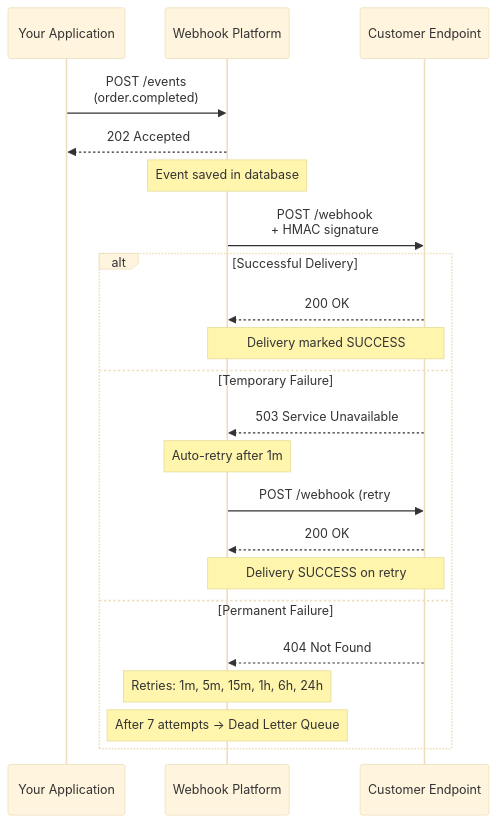
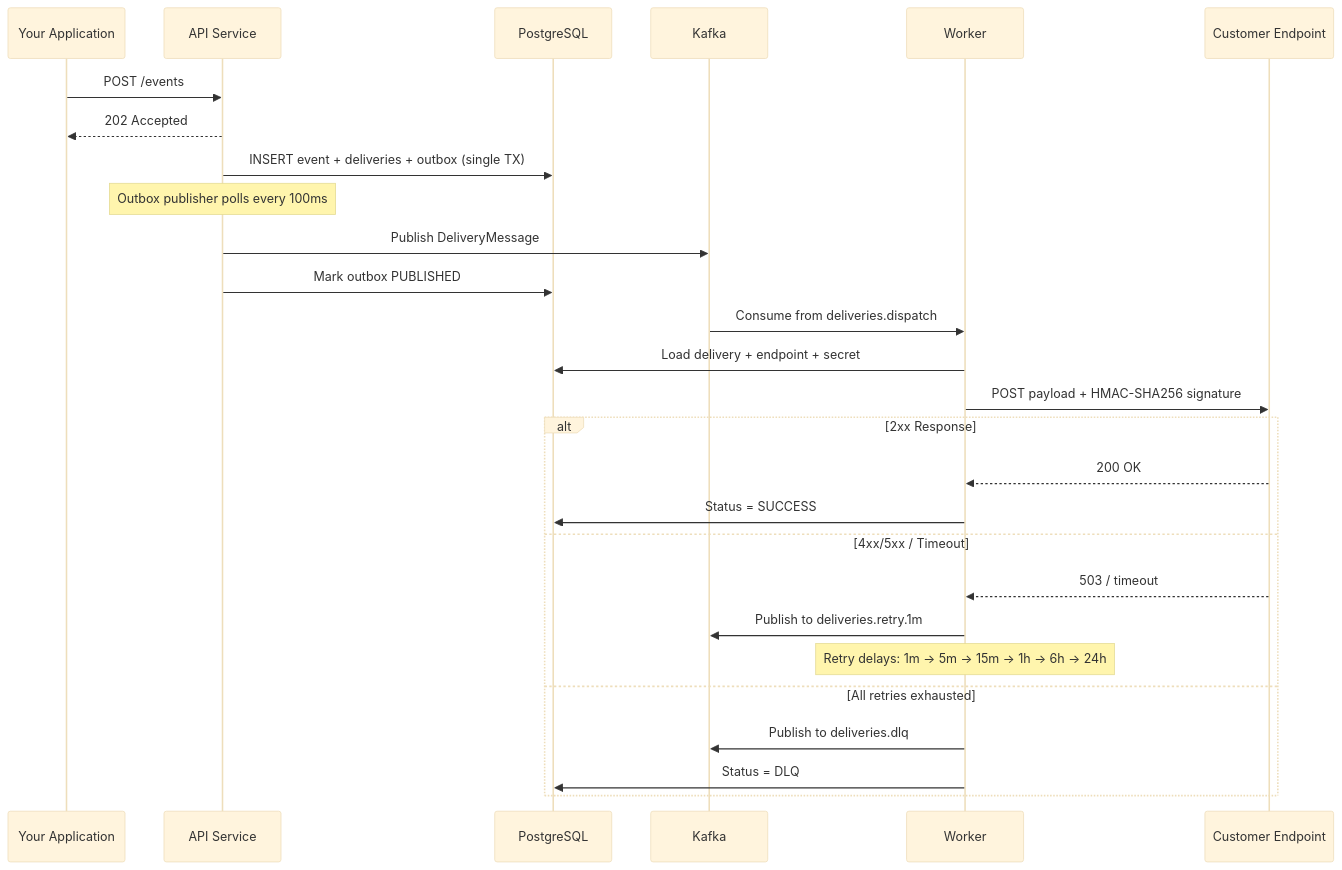
The second of 2 diagrams in README.md (vadymkykalo/webhook-platform), drawn with Mermaid (base theme) before and after one commit. The commit also changed other lines of this file, not shown here.

````diff
--- a/README.md
+++ b/README.md
@@ -82,27 +369,33 @@
 ```mermaid
 sequenceDiagram
-    participant YourApp as Your Application
-    participant API as Webhook Platform
-    participant Customer as Customer Endpoint
+    participant App as Your Application
+    participant API as API Service
+    participant DB as PostgreSQL
+    participant Kafka as Kafka
+    participant Worker as Worker
+    participant EP as Customer Endpoint
     
-    YourApp->>API: POST /events<br/>(order.completed)
-    API-->>YourApp: 202 Accepted
-    Note over API: Event saved in database
+    App->>API: POST /events
+    API-->>App: 202 Accepted
+    API->>DB: INSERT event + deliveries + outbox (single TX)
     
-    API->>Customer: POST /webhook<br/>+ HMAC signature
+    Note over API: Outbox publisher polls every 100ms
+    API->>Kafka: Publish DeliveryMessage
+    API->>DB: Mark outbox PUBLISHED
     
-    alt Successful Delivery
-        Customer-->>API: 200 OK
-        Note over API,Customer: Delivery marked SUCCESS
-    else Temporary Failure
-        Customer-->>API: 503 Service Unavailable
-        Note over API: Auto-retry after 1m
-        API->>Customer: POST /webhook (retry #2)
-        Customer-->>API: 200 OK
-        Note over API,Customer: Delivery SUCCESS on retry
-    else Permanent Failure
-        Customer-->>API: 404 Not Found
-        Note over API: Retries: 1m, 5m, 15m, 1h, 6h, 24h
-        Note over API: After 7 attempts → Dead Letter Queue
+    Kafka->>Worker: Consume from deliveries.dispatch
+    Worker->>DB: Load delivery + endpoint + secret
+    Worker->>EP: POST payload + HMAC-SHA256 signature
+    
+    alt 2xx Response
+        EP-->>Worker: 200 OK
+        Worker->>DB: Status = SUCCESS
+    else 4xx/5xx / Timeout
+        EP-->>Worker: 503 / timeout
+        Worker->>Kafka: Publish to deliveries.retry.1m
+        Note over Worker: Retry delays: 1m → 5m → 15m → 1h → 6h → 24h
+    else All retries exhausted
+        Worker->>Kafka: Publish to deliveries.dlq
+        Worker->>DB: Status = DLQ
     end
 ```
````
